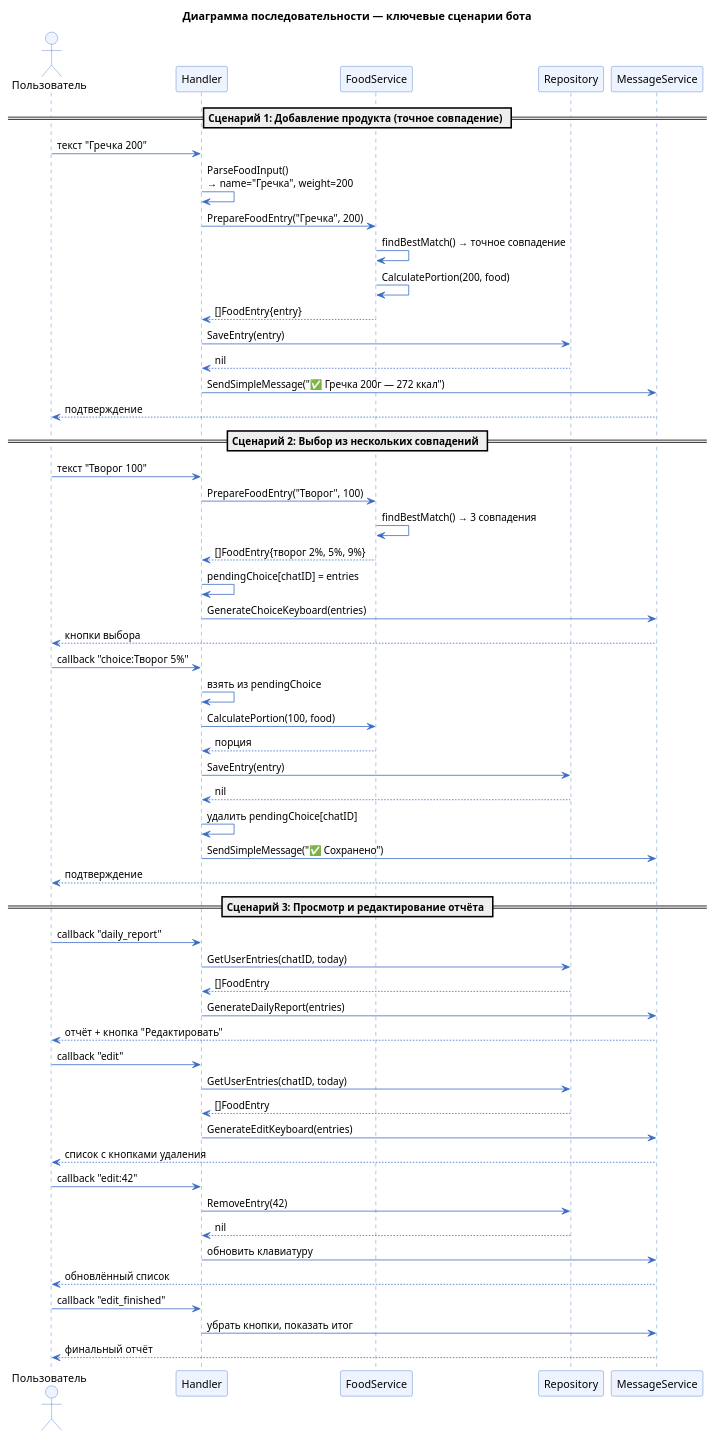
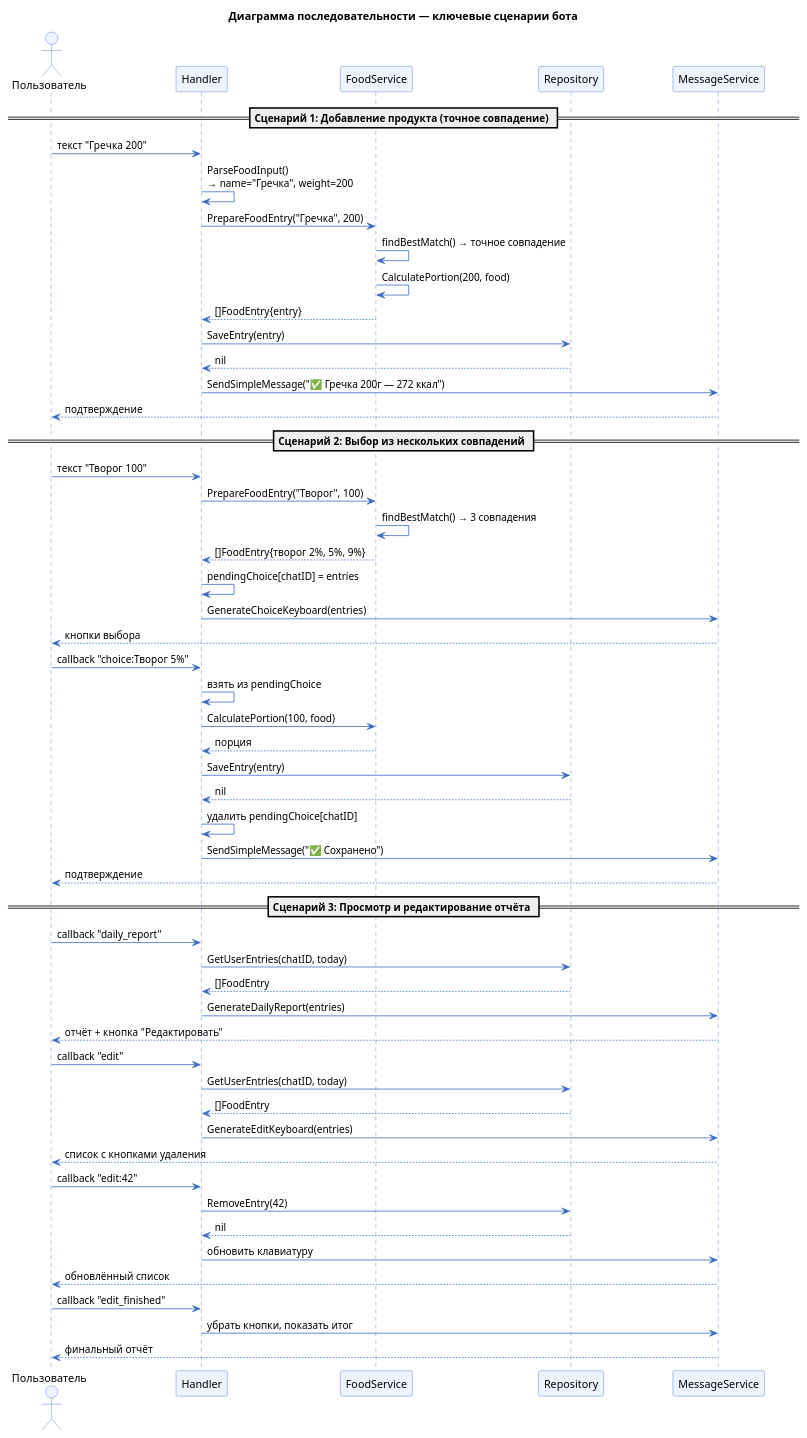
One commit to AD1N23/Spec changed the diagram in Задание 2/sequence.puml. Above: the diagram before and after it, drawn with PlantUML. The commit also changed 3 other files, not shown here.

Commit message:
Improve aspect ratio on activity, classes, state, sequence diagrams

```diff
--- a/Задание 2/sequence.puml
+++ b/Задание 2/sequence.puml
@@ -1,78 +1,80 @@
 @startuml sequence
 skinparam SequenceArrowColor #3A6BC4
 skinparam SequenceLifeLineBorderColor #3A6BC4
 skinparam SequenceParticipantBackgroundColor #EEF4FF
 skinparam SequenceParticipantBorderColor #3A6BC4
 skinparam SequenceActorBackgroundColor #EEF4FF
 skinparam SequenceActorBorderColor #3A6BC4
 skinparam NoteBackgroundColor #FFF9C4
 skinparam NoteBorderColor #B8860B
 skinparam SequenceGroupBackgroundColor #F0F4FF
 skinparam SequenceGroupBorderColor #7A9FD4
+skinparam ParticipantPadding 40
+skinparam BoxPadding 20
 
 title Диаграмма последовательности — ключевые сценарии бота
 
 actor "Пользователь" as User
 participant "Handler" as H
 participant "FoodService" as FS
 participant "Repository" as FR
 participant "MessageService" as MS
 
 == Сценарий 1: Добавление продукта (точное совпадение) ==
 
 User -> H : текст "Гречка 200"
 H -> H : ParseFoodInput()\n→ name="Гречка", weight=200
 H -> FS : PrepareFoodEntry("Гречка", 200)
 FS -> FS : findBestMatch() → точное совпадение
 FS -> FS : CalculatePortion(200, food)
 FS --> H : []FoodEntry{entry}
 H -> FR : SaveEntry(entry)
 FR --> H : nil
 H -> MS : SendSimpleMessage("✅ Гречка 200г — 272 ккал")
 MS --> User : подтверждение
 
 == Сценарий 2: Выбор из нескольких совпадений ==
 
 User -> H : текст "Творог 100"
 H -> FS : PrepareFoodEntry("Творог", 100)
 FS -> FS : findBestMatch() → 3 совпадения
 FS --> H : []FoodEntry{творог 2%, 5%, 9%}
 H -> H : pendingChoice[chatID] = entries
 H -> MS : GenerateChoiceKeyboard(entries)
 MS --> User : кнопки выбора
 
 User -> H : callback "choice:Творог 5%"
 H -> H : взять из pendingChoice
 H -> FS : CalculatePortion(100, food)
 FS --> H : порция
 H -> FR : SaveEntry(entry)
 FR --> H : nil
 H -> H : удалить pendingChoice[chatID]
 H -> MS : SendSimpleMessage("✅ Сохранено")
 MS --> User : подтверждение
 
 == Сценарий 3: Просмотр и редактирование отчёта ==
 
 User -> H : callback "daily_report"
 H -> FR : GetUserEntries(chatID, today)
 FR --> H : []FoodEntry
 H -> MS : GenerateDailyReport(entries)
 MS --> User : отчёт + кнопка "Редактировать"
 
 User -> H : callback "edit"
 H -> FR : GetUserEntries(chatID, today)
 FR --> H : []FoodEntry
 H -> MS : GenerateEditKeyboard(entries)
 MS --> User : список с кнопками удаления
 
 User -> H : callback "edit:42"
 H -> FR : RemoveEntry(42)
 FR --> H : nil
 H -> MS : обновить клавиатуру
 MS --> User : обновлённый список
 
 User -> H : callback "edit_finished"
 H -> MS : убрать кнопки, показать итог
 MS --> User : финальный отчёт
 
 @enduml
```
